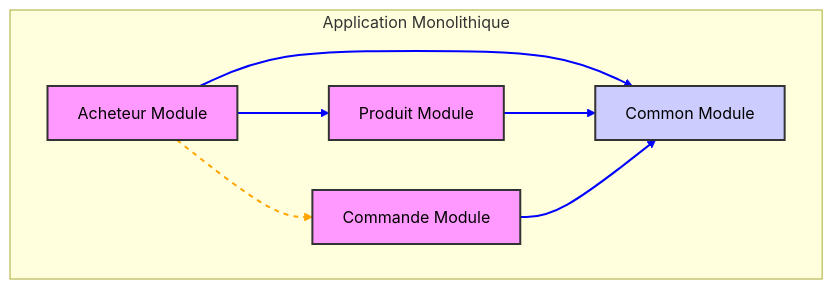
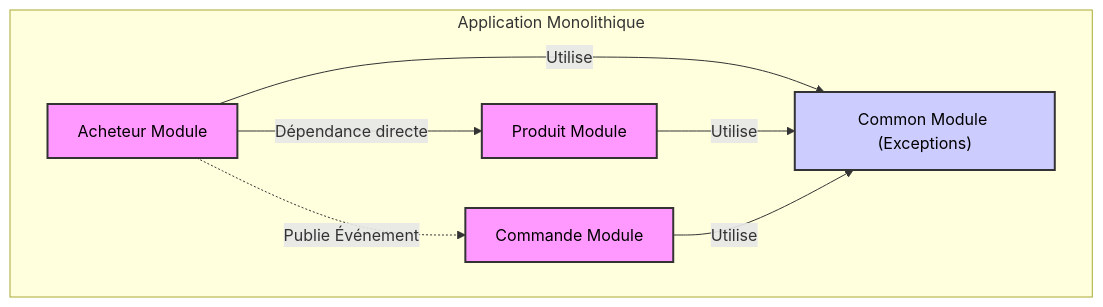
One commit to Touije/spring-modular-monolith-example changed the first of 2 diagrams in README.md. Above: the diagram before and after it, drawn with Mermaid. The commit also changed other lines of this file, not shown here.

````diff
--- a/README.md
+++ b/README.md
@@ -28,27 +17,21 @@
 ```mermaid
 graph TD;
     subgraph "Application Monolithique"
         Acheteur["Acheteur Module"];
         Produit["Produit Module"];
         Commande["Commande Module"];
-        Common["Common Module"];
+        Common["Common Module (Exceptions)"];
 
-        Acheteur --> Produit;
-        Acheteur --> Common;
-        Produit --> Common;
-        Commande --> Common;
-        Acheteur -.-> Commande;
+        Acheteur -- Dépendance directe --> Produit;
+        Acheteur -. Publie Événement .-> Commande;
 
+        Acheteur -- Utilise --> Common;
+        Produit -- Utilise --> Common;
+        Commande -- Utilise --> Common;
     end
 
     classDef module fill:#f9f,stroke:#333,stroke-width:2px,color:#000;
     classDef common fill:#ccf,stroke:#333,stroke-width:2px,color:#000;
     class Acheteur,Produit,Commande module;
     class Common common;
-
-    linkStyle 0 stroke-width:2px,fill:none,stroke:blue;
-    linkStyle 1 stroke-width:2px,fill:none,stroke:blue;
-    linkStyle 2 stroke-width:2px,fill:none,stroke:blue;
-    linkStyle 3 stroke-width:2px,fill:none,stroke:blue;
-    linkStyle 4 stroke-width:2px,fill:none,stroke:orange,stroke-dasharray: 5 5;
 ```
````
